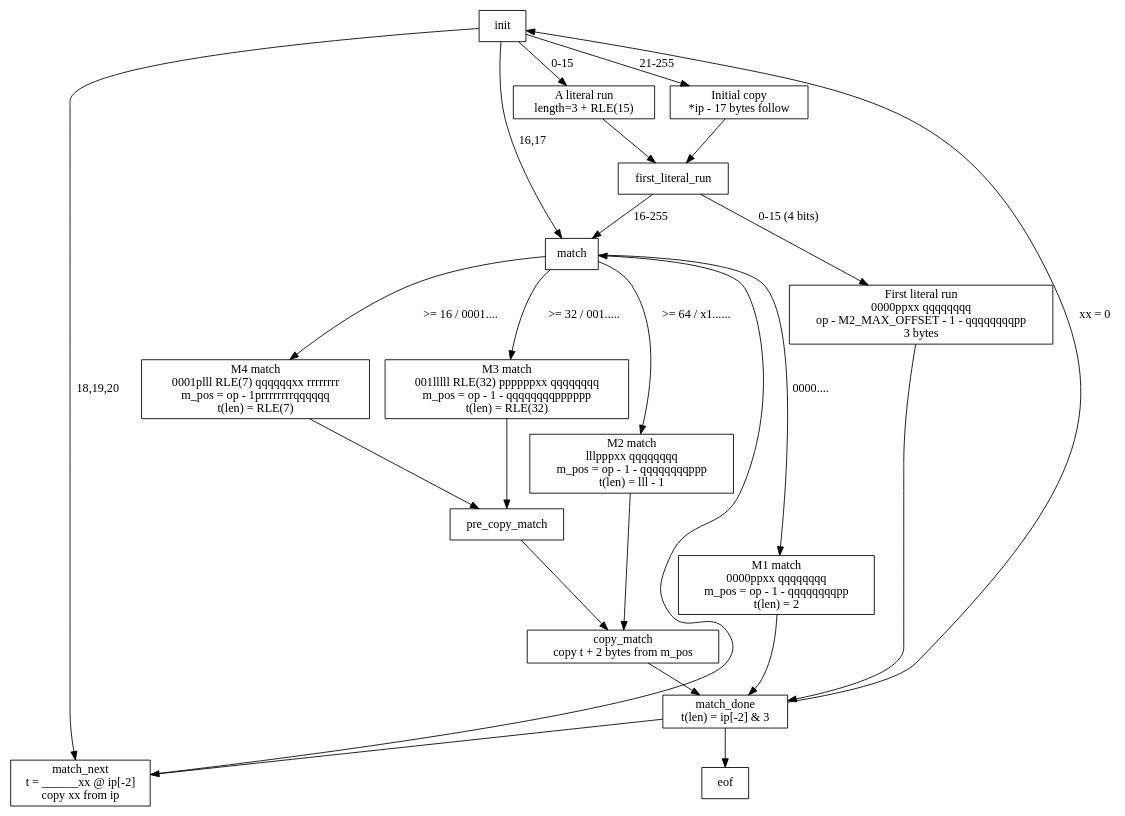
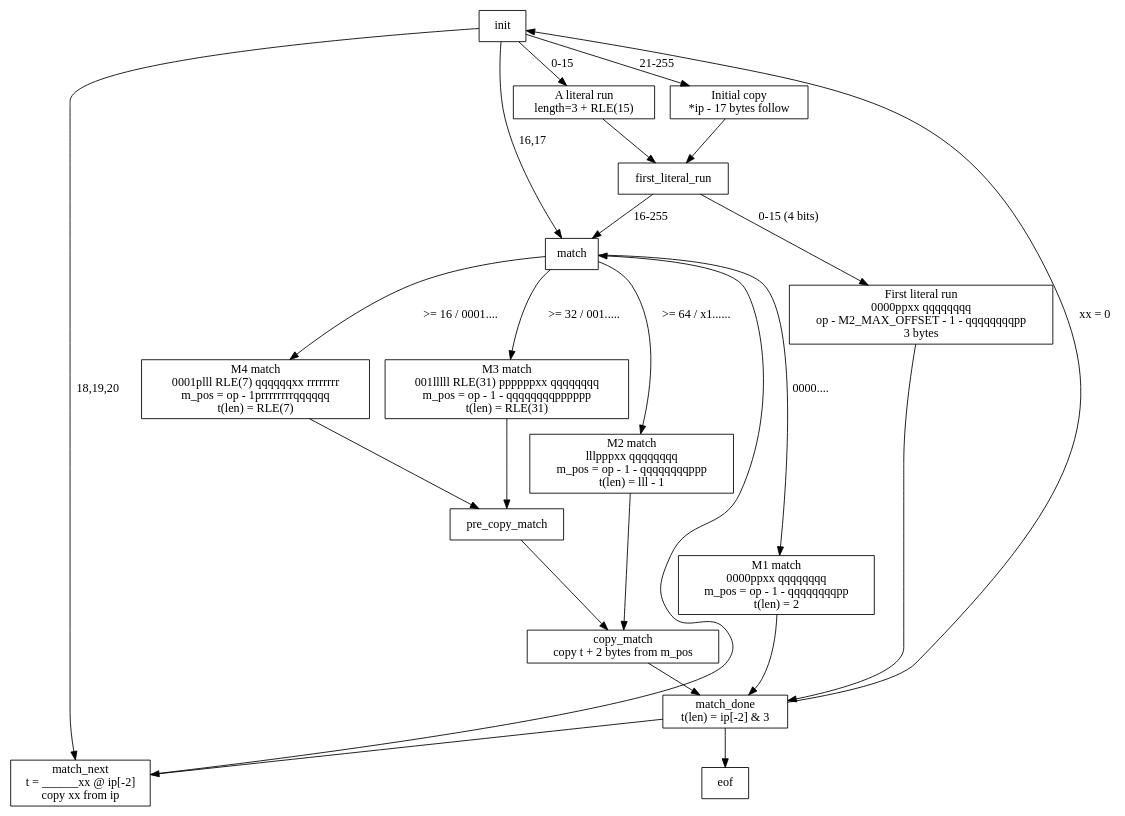
The diagram in docs/state-machine.dot (shevek/lzo-java), drawn with Graphviz before and after one commit.

Commit message:
Fix RLE(32) to RLE(31) in state-machine.

```diff
--- a/docs/state-machine.dot
+++ b/docs/state-machine.dot
@@ -1,55 +1,55 @@
 digraph G {
 	node [shape=box];
 	init -> a_literal_run [label="0-15"];
 	init -> match [label="16,17"];
 	init -> match_next [label="18,19,20"];
 	init -> init_copy [label="21-255"];
 
 	init_copy [label="Initial copy\n*ip - 17 bytes follow"];
 	init_copy -> first_literal_run;
 
 	a_literal_run [label="A literal run\nlength=3 + RLE(15)"];
 
 	a_literal_run -> first_literal_run;
 
 	first_literal_run -> match [label="16-255"];
 
 	first_literal_run -> first_literal_run_do [label="0-15 (4 bits)"];
 
 	first_literal_run_do [label="First literal run\n0000ppxx qqqqqqqq\nop - M2_MAX_OFFSET - 1 - qqqqqqqqpp\n3 bytes\n"];
 
 	first_literal_run_do -> match_done;
 
 	match -> match_m2 [label=">= 64 / x1......"];
 	match -> match_m3 [label=">= 32 / 001....."];
 	match -> match_m4 [label=">= 16 / 0001...."];
 	match -> match_m1 [label="0000...."];
 
 	match_m2 [label="M2 match\nlllpppxx qqqqqqqq\nm_pos = op - 1 - qqqqqqqqppp\nt(len) = lll - 1"];
 	match_m2 -> copy_match;
 
-	match_m3 [label="M3 match\n001lllll RLE(32) ppppppxx qqqqqqqq\nm_pos = op - 1 - qqqqqqqqpppppp\nt(len) = RLE(32)"];
+	match_m3 [label="M3 match\n001lllll RLE(31) ppppppxx qqqqqqqq\nm_pos = op - 1 - qqqqqqqqpppppp\nt(len) = RLE(31)"];
 	match_m3 -> pre_copy_match;
 
 	match_m4 [label="M4 match\n0001plll RLE(7) qqqqqqxx rrrrrrrr\nm_pos = op - 1prrrrrrrrqqqqqq\nt(len) = RLE(7)"];
 	match_m4 -> pre_copy_match;
 
 	match_m1 [label="M1 match\n0000ppxx qqqqqqqq\nm_pos = op - 1 - qqqqqqqqpp\nt(len) = 2"];
 	match_m1 -> match_done;
 
 	pre_copy_match -> copy_match;
 
 	copy_match [label="\N\ncopy t + 2 bytes from m_pos"];
 	copy_match -> match_done;
 
 	match_done [label="\N\nt(len) = ip[-2] & 3"];
 	match_done -> eof;
 	match_done -> match_next;
 	match_done -> init [label="xx = 0",constraint=false];
 
 	match_next [label="\N\nt = ______xx @ ip[-2]\ncopy xx from ip"];
 	match_next -> match [constraint=false];
 
 	eof;
 
 }
```
